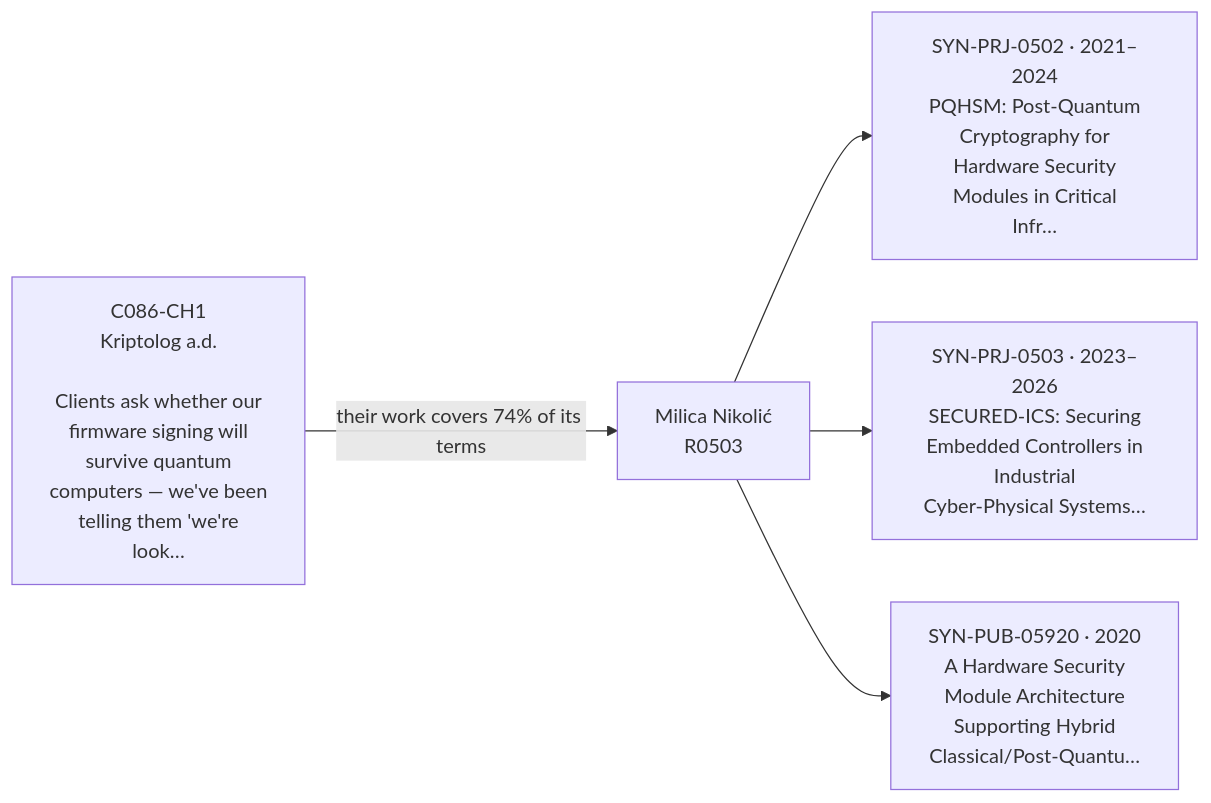
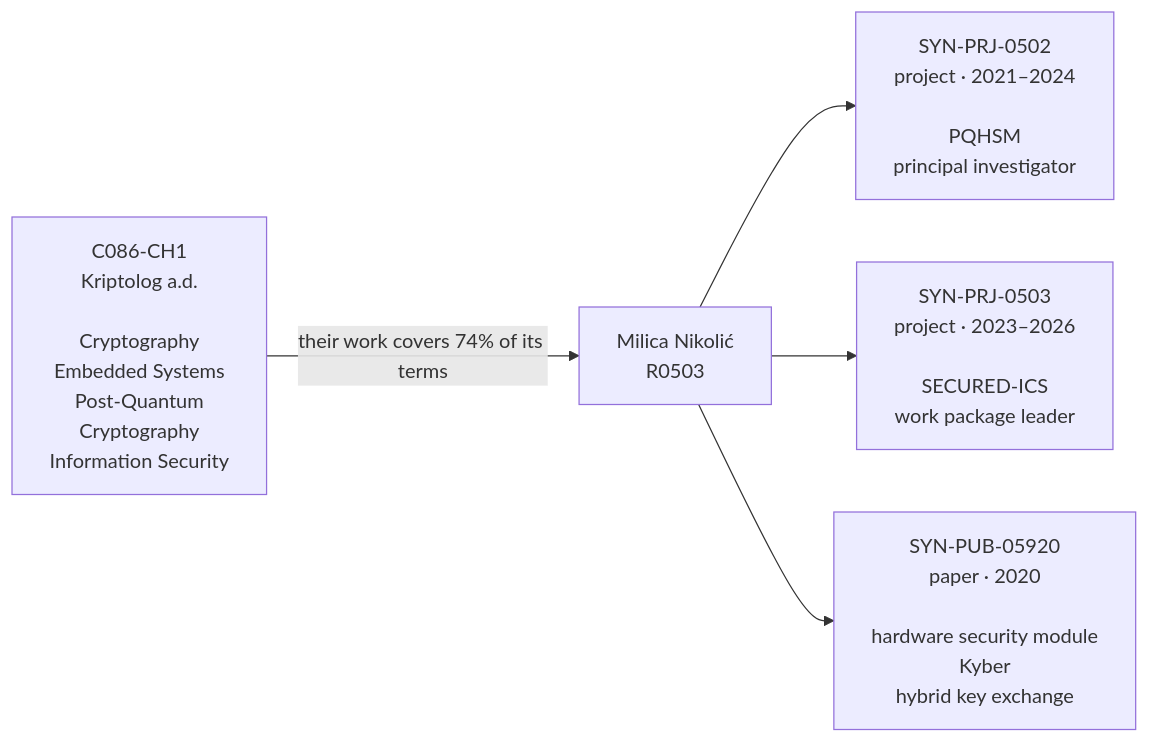
One commit to JannetEkka/spona changed the first of 3 diagrams in runs/2026-10-31-full/proposals/03-C086-R0503.md. Above: the diagram before and after it, drawn with Mermaid. The commit also changed other lines of this file and 9 other files, not shown here.

First line of the commit message:
Proposal diagrams: complete labels instead of cut-off titles

````diff
--- a/runs/2026-10-31-full/proposals/03-C086-R0503.md
+++ b/runs/2026-10-31-full/proposals/03-C086-R0503.md
@@ -16,12 +16,12 @@
 ```mermaid
 flowchart LR
-    need["C086-CH1<br/>Kriptolog a.d.<br/><br/>Clients ask whether our<br/>firmware signing will<br/>survive quantum<br/>computers — we've been<br/>telling them 'we're<br/>look…"]
+    need["C086-CH1<br/>Kriptolog a.d.<br/><br/>Cryptography<br/>Embedded Systems<br/>Post-Quantum<br/>Cryptography<br/>Information Security"]
     who["Milica Nikolić<br/>R0503"]
-    e1["SYN-PRJ-0502 · 2021–2024<br/>PQHSM: Post-Quantum<br/>Cryptography for<br/>Hardware Security<br/>Modules in Critical<br/>Infr…"]
-    e2["SYN-PRJ-0503 · 2023–2026<br/>SECURED-ICS: Securing<br/>Embedded Controllers in<br/>Industrial<br/>Cyber-Physical Systems…"]
-    e3["SYN-PUB-05920 · 2020<br/>A Hardware Security<br/>Module Architecture<br/>Supporting Hybrid<br/>Classical/Post-Quantu…"]
+    e1["SYN-PRJ-0502<br/>project · 2021–2024<br/><br/>PQHSM<br/>principal investigator"]
+    e2["SYN-PRJ-0503<br/>project · 2023–2026<br/><br/>SECURED-ICS<br/>work package leader"]
+    e3["SYN-PUB-05920<br/>paper · 2020<br/><br/>hardware security module<br/>Kyber<br/>hybrid key exchange"]
     need -->|"their work covers 74% of its terms"| who
     who --> e1
     who --> e2
     who --> e3
 ```
````
